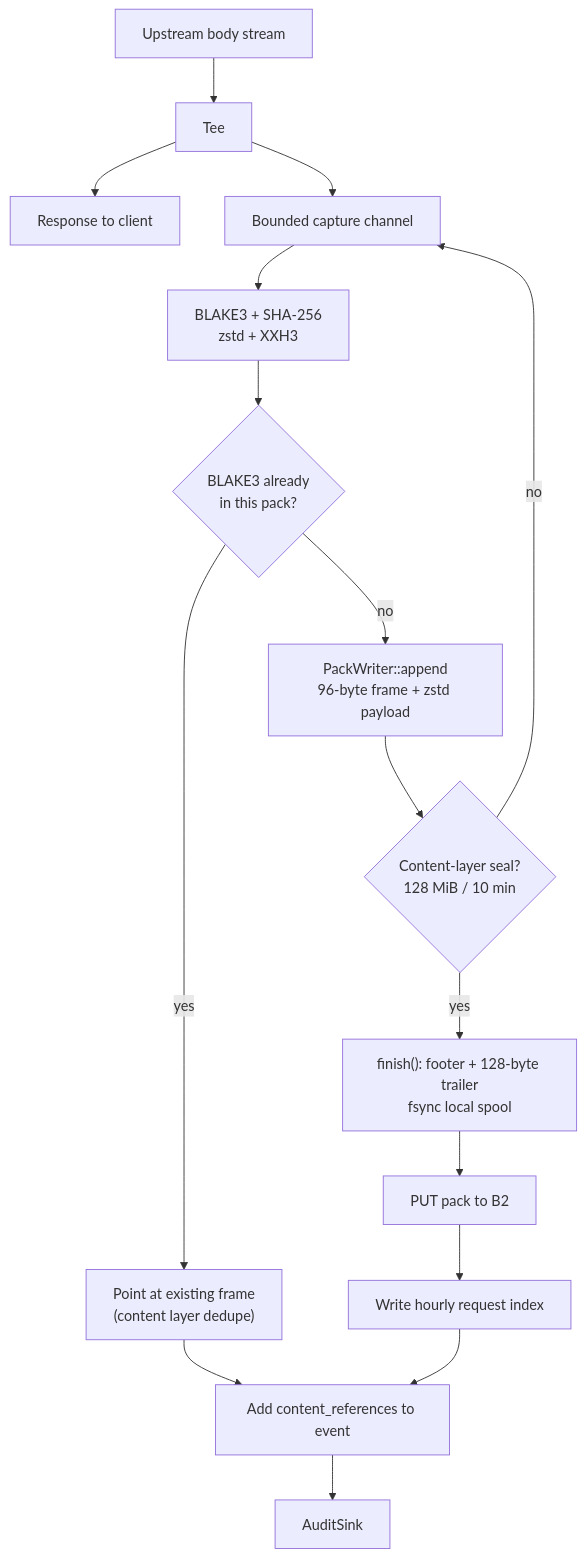
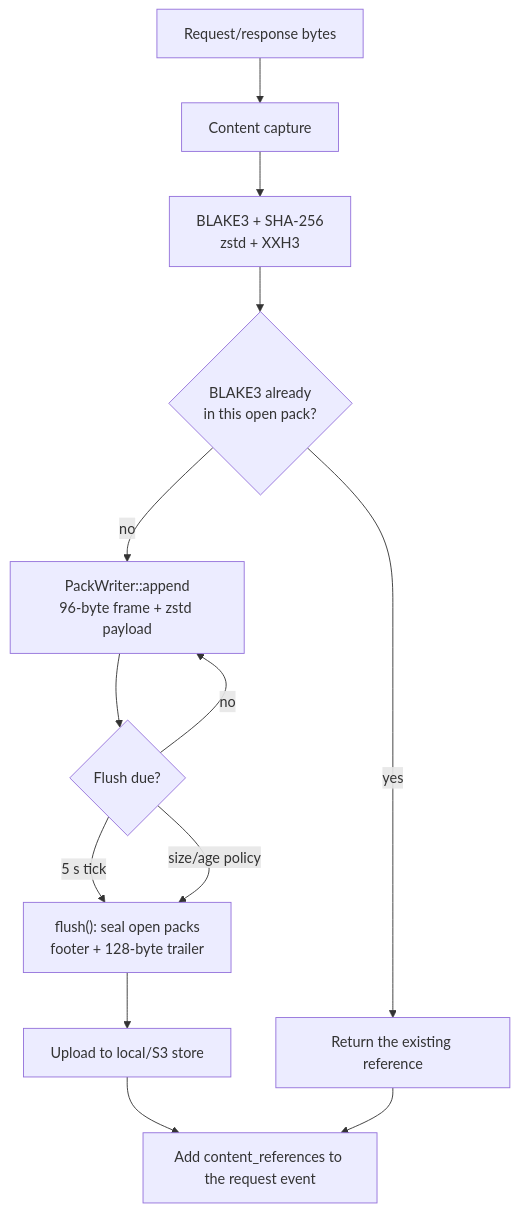
One commit to mkroman/neuradex changed the diagram in docs/architecture/content-plane.md. Above: the diagram before and after it, drawn with Mermaid. The commit also changed other lines of this file and 22 other files, not shown here.

````diff
--- a/docs/architecture/content-plane.md
+++ b/docs/architecture/content-plane.md
@@ -21,18 +24,15 @@
 ```mermaid
 flowchart TB
-    U["Upstream body stream"] --> T["Tee"]
-    T --> R["Response to client"]
-    T --> B["Bounded capture channel"]
-    B --> H["BLAKE3 + SHA-256<br/>zstd + XXH3"]
-    H --> D{"BLAKE3 already<br/>in this pack?"}
-    D -->|yes| F["Point at existing frame<br/>(content layer dedupe)"]
+    U["Request/response bytes"] --> T["Content capture"]
+    T --> H["BLAKE3 + SHA-256<br/>zstd + XXH3"]
+    H --> D{"BLAKE3 already<br/>in this open pack?"}
+    D -->|yes| F["Return the existing reference"]
     D -->|no| A["PackWriter::append<br/>96-byte frame + zstd payload"]
-    A --> S{"Content-layer seal?<br/>128 MiB / 10 min"}
-    S -->|no| B
-    S -->|yes| SEAL["finish(): footer + 128-byte trailer<br/>fsync local spool"]
-    SEAL --> PUT["PUT pack to B2"]
-    PUT --> IDX["Write hourly request index"]
-    IDX --> EV["Add content_references to event"]
-    F --> EV
-    EV --> DONE["AuditSink"]
+    A --> S{"Flush due?"}
+    S -->|5 s tick| SEAL["flush(): seal open packs<br/>footer + 128-byte trailer"]
+    S -->|size/age policy| SEAL
+    S -->|no| A
+    SEAL --> PUT["Upload to local/S3 store"]
+    PUT --> REF["Add content_references to the request event"]
+    F --> REF
 ```
````
